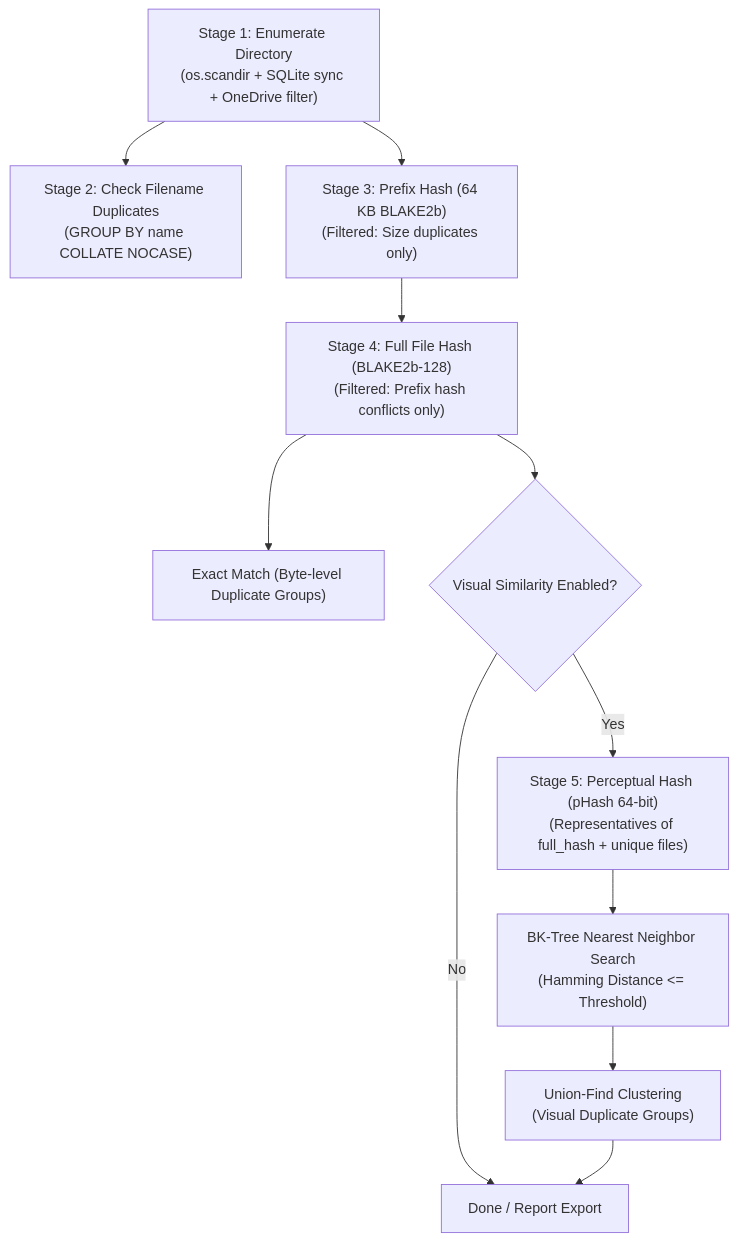
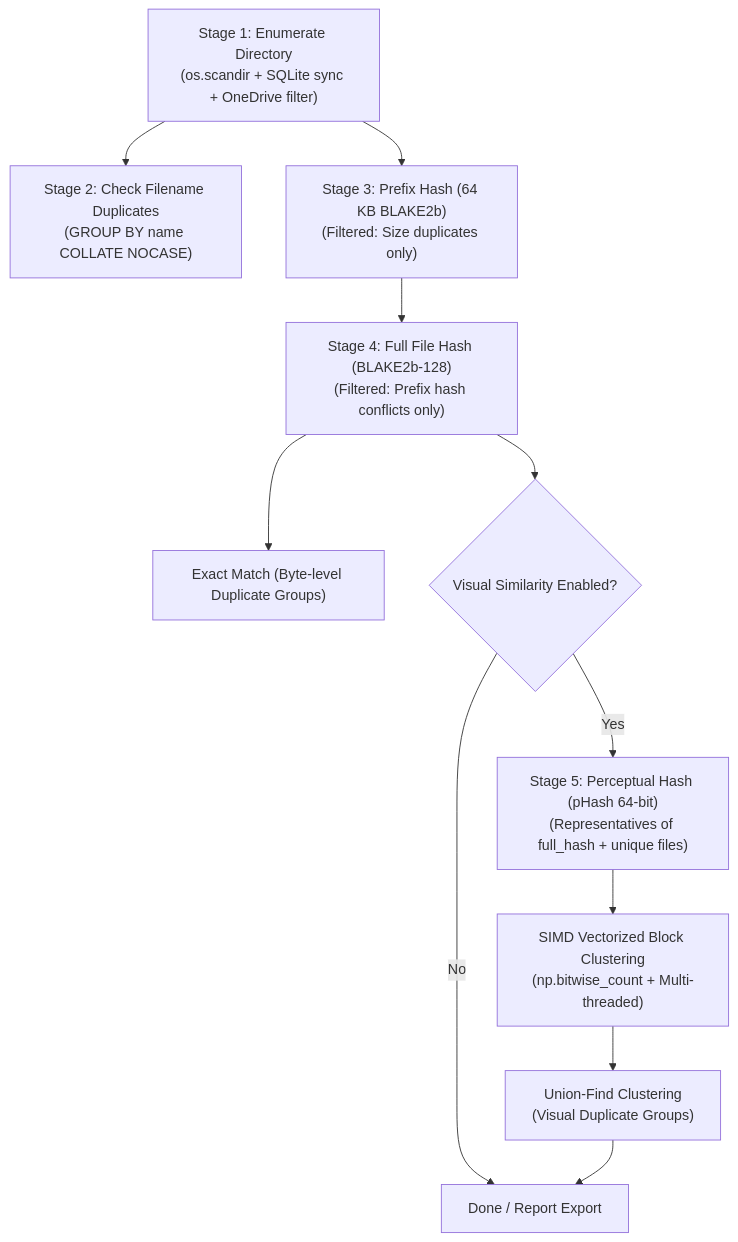
Before and after one commit to huangjag/duplicate_image_finder: the diagram in agent.md, drawn with Mermaid. The commit also changed other lines of this file and 1 other file, not shown here.

Commit message:
Replace BK-Tree with NumPy SIMD vectorized block parallel clustering based on user worker count

````diff
--- a/agent.md
+++ b/agent.md
@@ -54,13 +54,13 @@
 ```mermaid
 flowchart TD
     A["Stage 1: Enumerate Directory<br/>(os.scandir + SQLite sync + OneDrive filter)"] --> B["Stage 2: Check Filename Duplicates<br/>(GROUP BY name COLLATE NOCASE)"]
     A --> C["Stage 3: Prefix Hash (64 KB BLAKE2b)<br/>(Filtered: Size duplicates only)"]
     C --> D["Stage 4: Full File Hash (BLAKE2b-128)<br/>(Filtered: Prefix hash conflicts only)"]
     D --> E["Exact Match (Byte-level Duplicate Groups)"]
     D --> F{"Visual Similarity Enabled?"}
     F -->|Yes| G["Stage 5: Perceptual Hash (pHash 64-bit)<br/>(Representatives of full_hash + unique files)"]
-    G --> H["BK-Tree Nearest Neighbor Search<br/>(Hamming Distance <= Threshold)"]
+    G --> H["SIMD Vectorized Block Clustering<br/>(np.bitwise_count + Multi-threaded)"]
     H --> I["Union-Find Clustering<br/>(Visual Duplicate Groups)"]
     F -->|No| J["Done / Report Export"]
     I --> J
 ```
````
